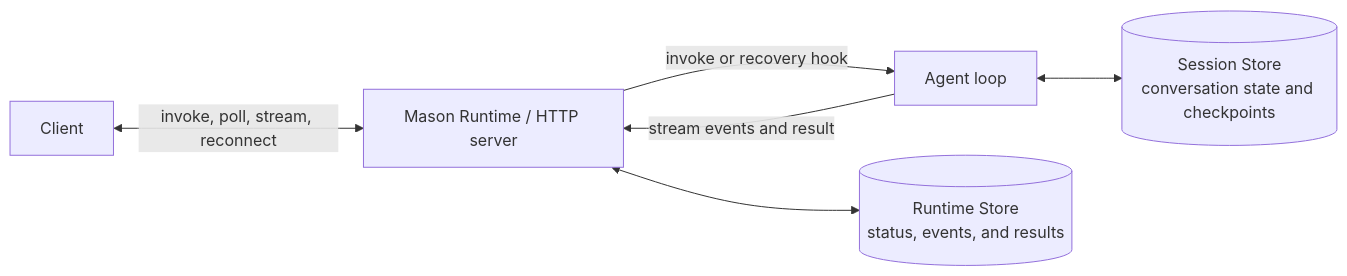
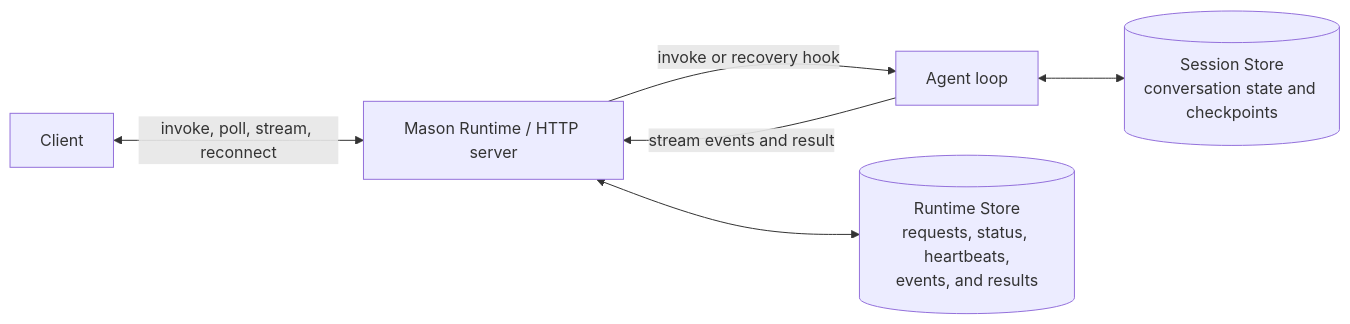
Before and after one commit to databricks/databricks-ai-bridge: the diagram in integrations/mason/RUNTIME.md, drawn with Mermaid. The commit also changed other lines of this file, not shown here.

Commit message:
Explain Mason deployment and runtime through developer workflows

````diff
--- a/integrations/mason/RUNTIME.md
+++ b/integrations/mason/RUNTIME.md
@@ -30,8 +118,8 @@
 ```mermaid
 flowchart LR
     CLIENT[Client] <-->|invoke, poll, stream, reconnect| RUNTIME["Mason Runtime / HTTP server"]
     RUNTIME -->|invoke or recovery hook| AGENT["Agent loop"]
     AGENT -->|stream events and result| RUNTIME
-    RUNTIME <--> RUNTIME_STORE[("Runtime Store<br/>status, events, and results")]
+    RUNTIME <--> RUNTIME_STORE[("Runtime Store<br/>requests, status, heartbeats,<br/>events, and results")]
     AGENT <--> SESSION_STORE[("Session Store<br/>conversation state and checkpoints")]
 ```
````
